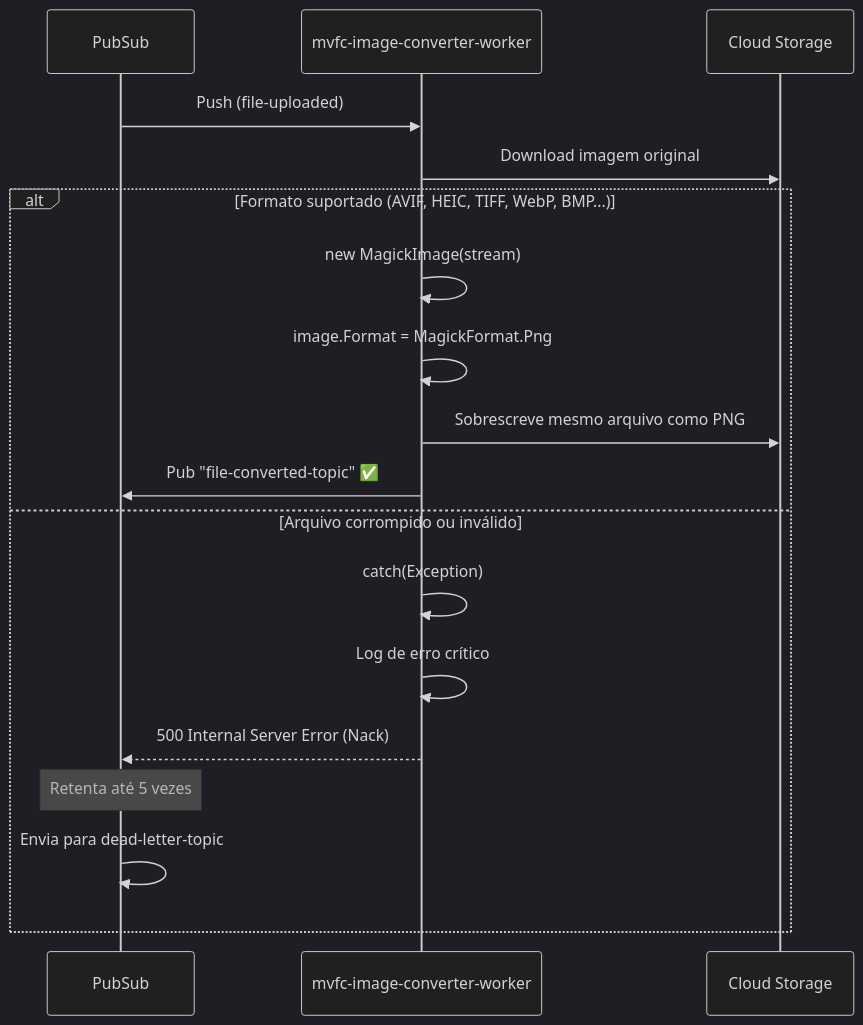
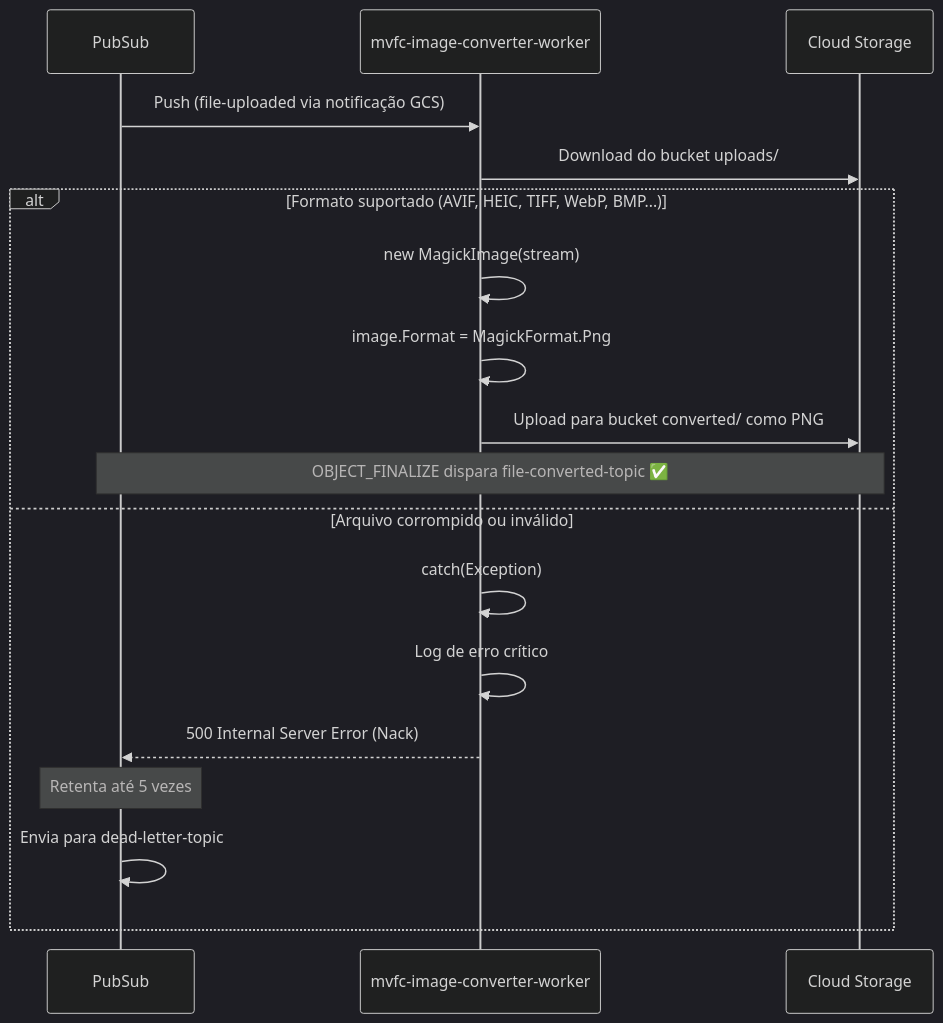
Before and after one commit to Marcus-V-Freitas/MVFC.ImageProcessing: the fourth of 6 diagrams in README.pt-BR.md, drawn with Mermaid (dark theme). The commit also changed other lines of this file and 48 other files, not shown here.

First line of the commit message:
feat(architecture): migrate pipeline to GCS Object Notifications

````diff
--- a/README.pt-BR.md
+++ b/README.pt-BR.md
@@ -215,22 +229,22 @@
 ```mermaid
 sequenceDiagram
     participant PS as PubSub
     participant CONV as mvfc-image-converter-worker
     participant GCS as Cloud Storage
 
-    PS->>CONV: Push (file-uploaded)
-    CONV->>GCS: Download imagem original
+    PS->>CONV: Push (file-uploaded via notificação GCS)
+    CONV->>GCS: Download do bucket uploads/
     
     alt Formato suportado (AVIF, HEIC, TIFF, WebP, BMP...)
         CONV->>CONV: new MagickImage(stream)
         CONV->>CONV: image.Format = MagickFormat.Png
-        CONV->>GCS: Sobrescreve mesmo arquivo como PNG
-        CONV->>PS: Pub "file-converted-topic" ✅
+        CONV->>GCS: Upload para bucket converted/ como PNG
+        Note over GCS,PS: OBJECT_FINALIZE dispara file-converted-topic ✅
     else Arquivo corrompido ou inválido
         CONV->>CONV: catch(Exception)
         CONV->>CONV: Log de erro crítico
         CONV-->>PS: 500 Internal Server Error (Nack)
         Note over PS: Retenta até 5 vezes
         PS->>PS: Envia para dead-letter-topic
     end
 ```
````
